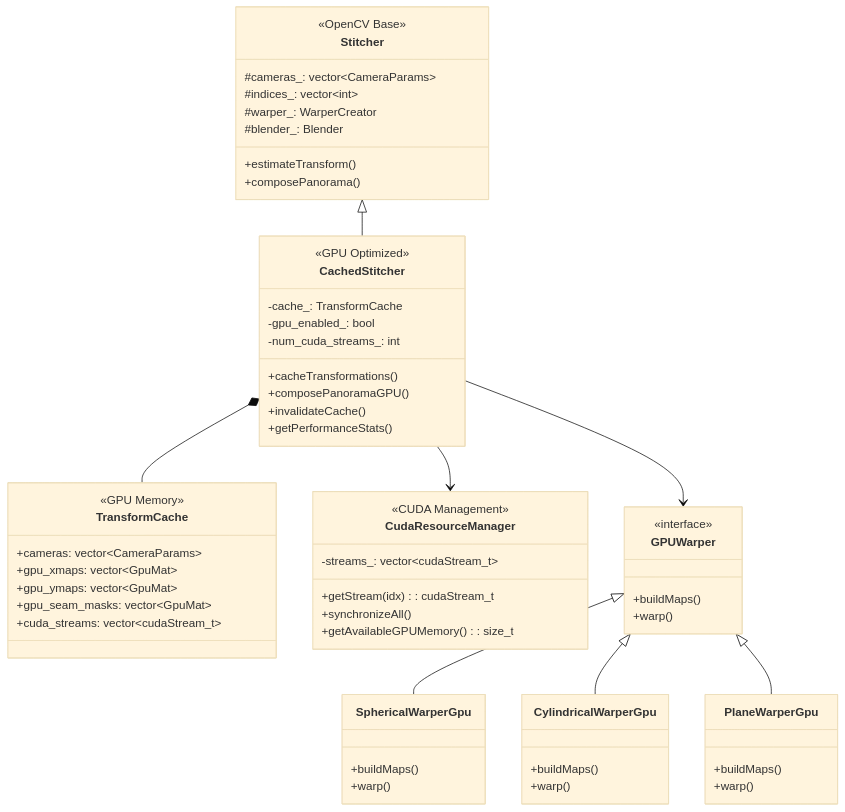
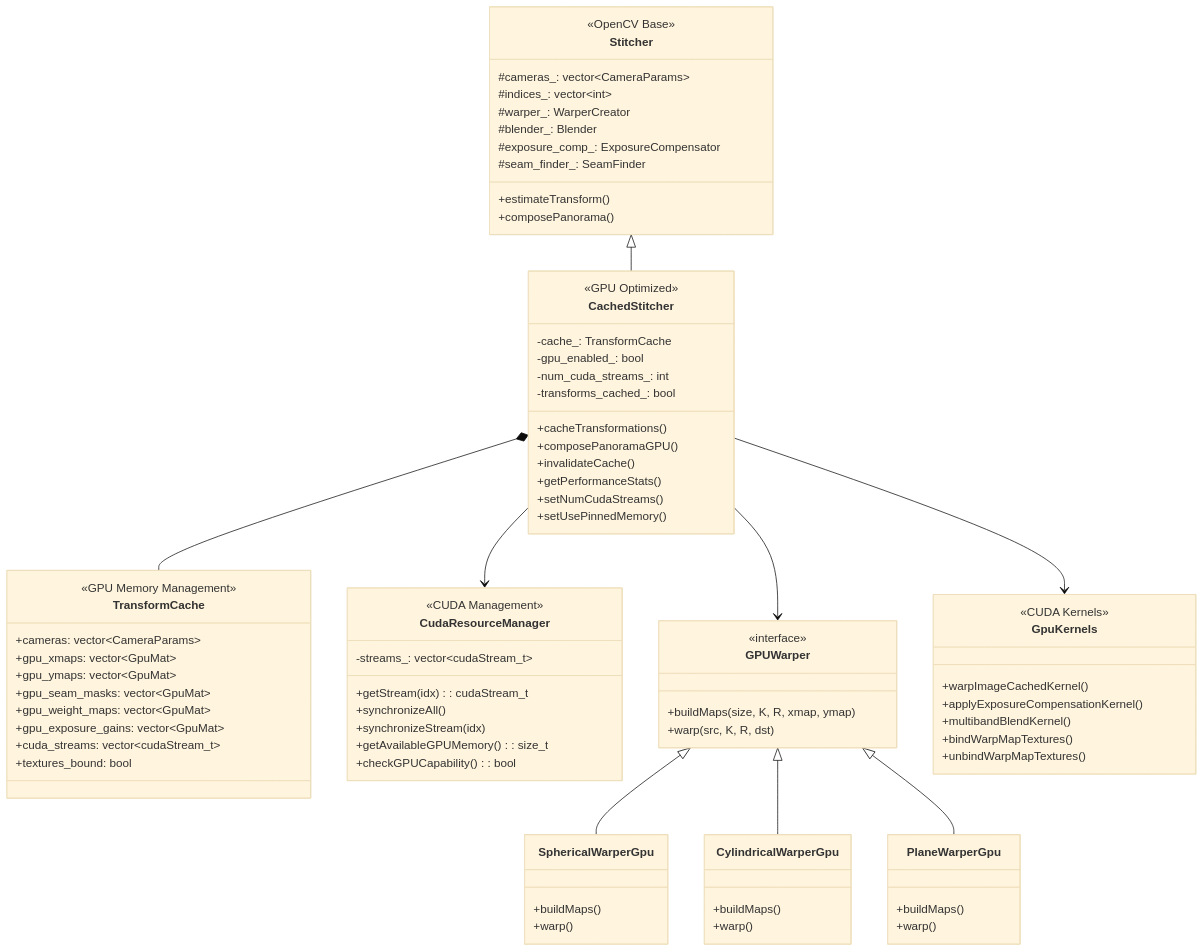
Before and after one commit to Tony363/opencvStitch: the third of 6 diagrams in README.md, drawn with Mermaid (base theme). The commit also changed other lines of this file, not shown here.

```diff
--- a/README.md
+++ b/README.md
@@ -122,6 +259,8 @@
         #indices_: vector~int~
         #warper_: WarperCreator
         #blender_: Blender
+        #exposure_comp_: ExposureCompensator
+        #seam_finder_: SeamFinder
     }
 
     class CachedStitcher {
@@ -130,32 +269,40 @@
         +composePanoramaGPU()
         +invalidateCache()
         +getPerformanceStats()
+        +setNumCudaStreams()
+        +setUsePinnedMemory()
         -cache_: TransformCache
         -gpu_enabled_: bool
         -num_cuda_streams_: int
+        -transforms_cached_: bool
     }
 
     class TransformCache {
-        <<GPU Memory>>
+        <<GPU Memory Management>>
         +cameras: vector~CameraParams~
         +gpu_xmaps: vector~GpuMat~
         +gpu_ymaps: vector~GpuMat~
         +gpu_seam_masks: vector~GpuMat~
+        +gpu_weight_maps: vector~GpuMat~
+        +gpu_exposure_gains: vector~GpuMat~
         +cuda_streams: vector~cudaStream_t~
+        +textures_bound: bool
     }
 
     class CudaResourceManager {
         <<CUDA Management>>
         +getStream(idx): cudaStream_t
         +synchronizeAll()
+        +synchronizeStream(idx)
         +getAvailableGPUMemory(): size_t
+        +checkGPUCapability(): bool
         -streams_: vector~cudaStream_t~
     }
 
     class GPUWarper {
         <<interface>>
-        +buildMaps()
-        +warp()
+        +buildMaps(size, K, R, xmap, ymap)
+        +warp(src, K, R, dst)
     }
 
     class SphericalWarperGpu {
@@ -173,10 +320,20 @@
         +warp()
     }
 
+    class GpuKernels {
+        <<CUDA Kernels>>
+        +warpImageCachedKernel()
+        +applyExposureCompensationKernel()
+        +multibandBlendKernel()
+        +bindWarpMapTextures()
+        +unbindWarpMapTextures()
+    }
+
     Stitcher <|-- CachedStitcher
     CachedStitcher *-- TransformCache
     CachedStitcher --> CudaResourceManager
     CachedStitcher --> GPUWarper
+    CachedStitcher --> GpuKernels
     GPUWarper <|-- SphericalWarperGpu
     GPUWarper <|-- CylindricalWarperGpu
     GPUWarper <|-- PlaneWarperGpu
```
